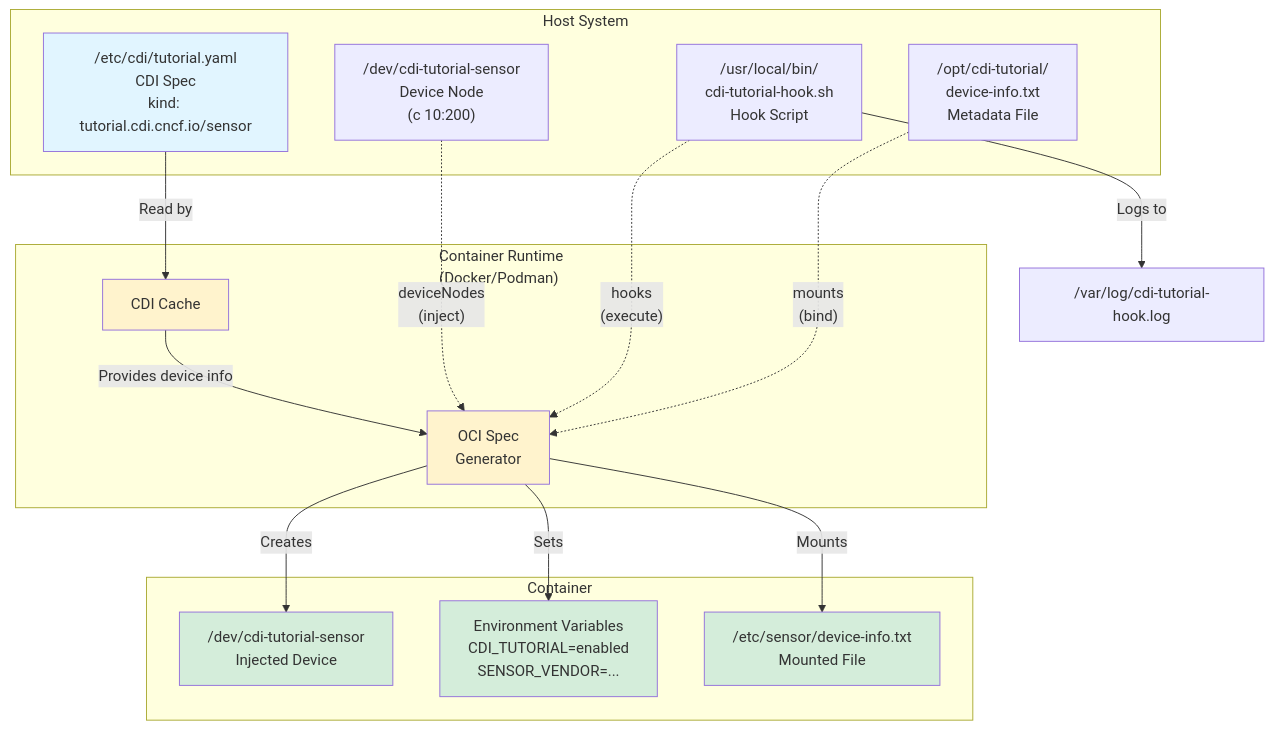
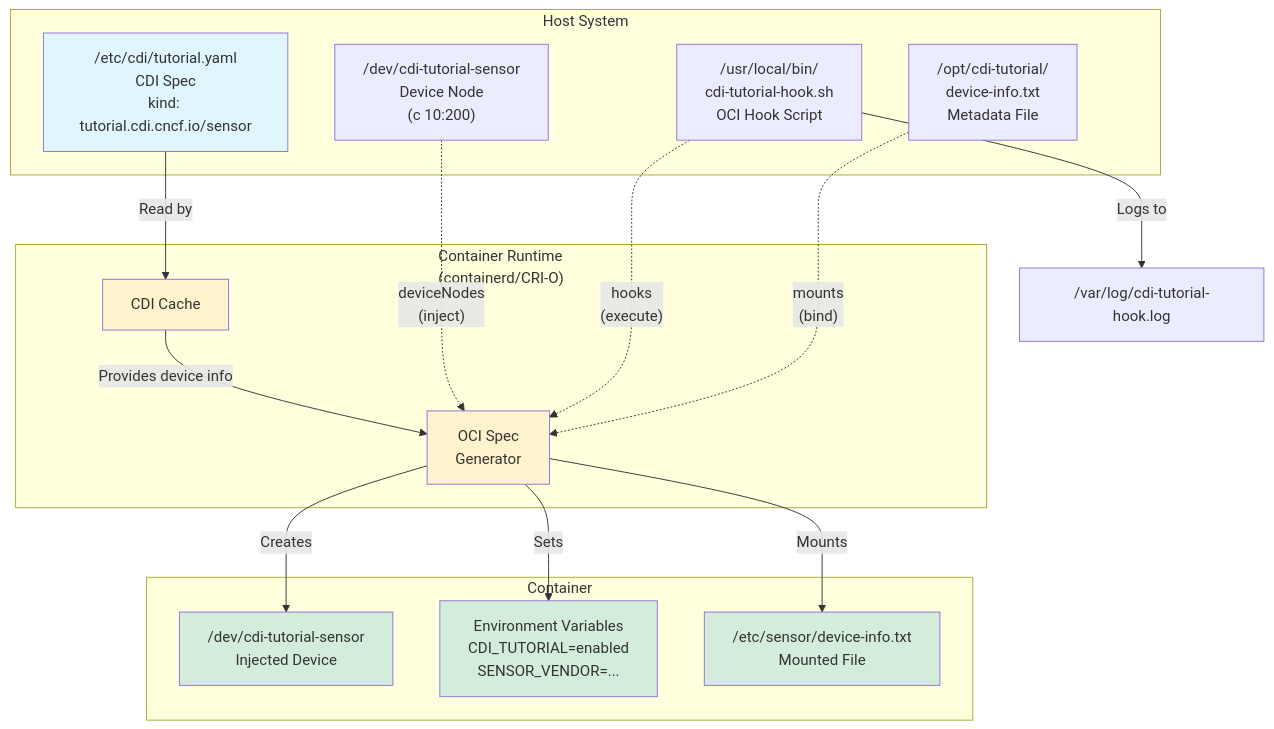
One commit to cncf-tags/container-device-interface changed the diagram in TUTORIAL.md. Above: the diagram before and after it, drawn with Mermaid. The commit also changed other lines of this file, not shown here.

````diff
--- a/TUTORIAL.md
+++ b/TUTORIAL.md
@@ -20,40 +29,40 @@
 ```mermaid
 graph TB
     subgraph Host["Host System"]
         DevNode["/dev/cdi-tutorial-sensor<br/>Device Node<br/>(c 10:200)"]
-        Hook["/usr/local/bin/<br/>cdi-tutorial-hook.sh<br/>Hook Script"]
+        Hook["/usr/local/bin/<br/>cdi-tutorial-hook.sh<br/>OCI Hook Script"]
         HostFile["/opt/cdi-tutorial/<br/>device-info.txt<br/>Metadata File"]
         CDISpec["/etc/cdi/tutorial.yaml<br/>CDI Spec<br/>kind: tutorial.cdi.cncf.io/sensor"]
     end
     
-    subgraph Runtime["Container Runtime<br/>(Docker/Podman)"]
+    subgraph Runtime["Container Runtime<br/>(containerd/CRI-O)"]
         CDICache["CDI Cache"]
         OCI["OCI Spec<br/>Generator"]
     end
 
     subgraph Container["Container"]
         ContDevNode["/dev/cdi-tutorial-sensor<br/>Injected Device"]
         EnvVars["Environment Variables<br/>CDI_TUTORIAL=enabled<br/>SENSOR_VENDOR=..."]
         MountPoint["/etc/sensor/device-info.txt<br/>Mounted File"]
     end
 
     CDISpec -->|"Read by"| CDICache
     CDICache -->|"Provides device info"| OCI
 
     DevNode -.->|"deviceNodes<br/>(inject)"| OCI
     Hook -.->|"hooks<br/>(execute)"| OCI
     HostFile -.->|"mounts<br/>(bind)"| OCI
 
     OCI -->|"Creates"| ContDevNode
     OCI -->|"Sets"| EnvVars
     OCI -->|"Mounts"| MountPoint
 
     Hook -->|"Logs to"| HookLog["/var/log/cdi-tutorial-hook.log"]
 
     style CDISpec fill:#e1f5ff
     style CDICache fill:#fff3cd
     style OCI fill:#fff3cd
     style ContDevNode fill:#d4edda
     style EnvVars fill:#d4edda
     style MountPoint fill:#d4edda
 ```
````
